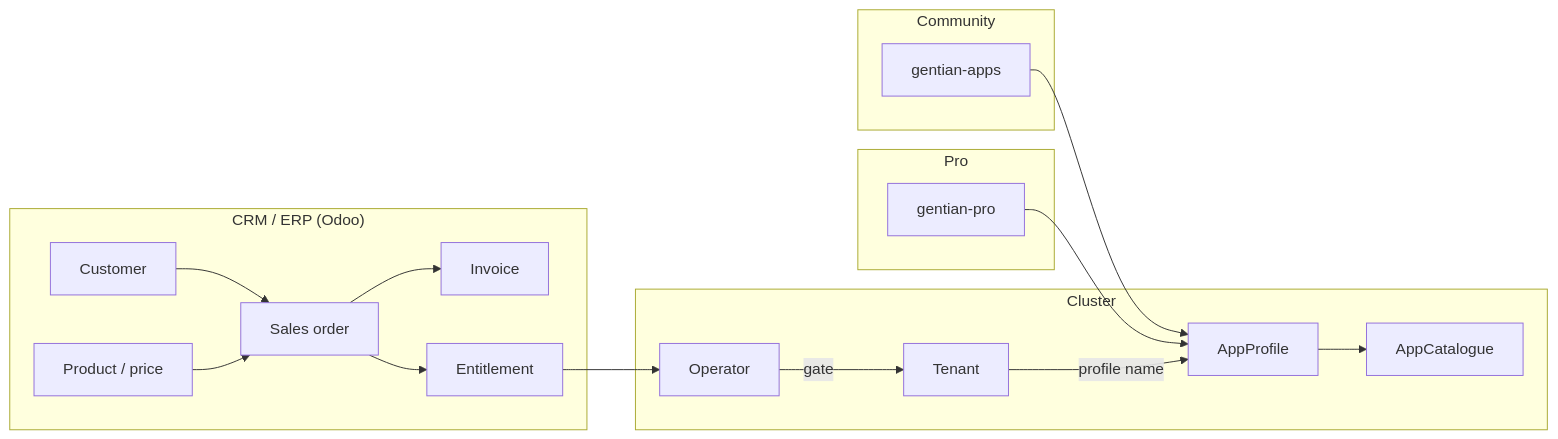
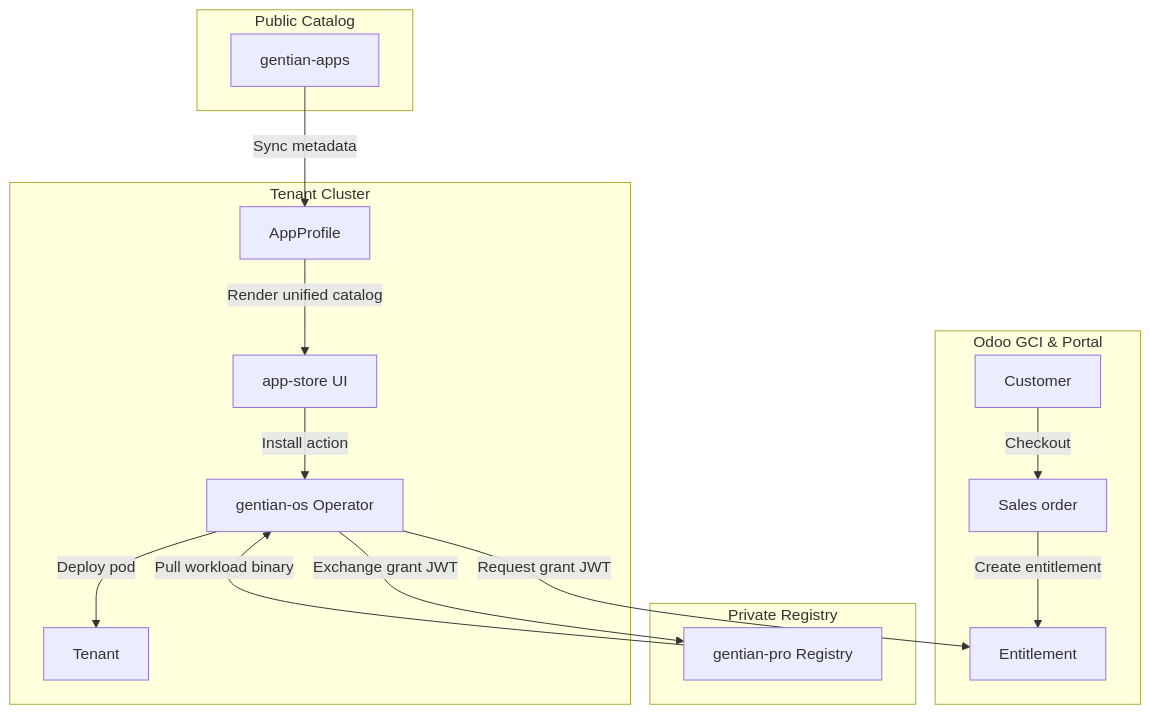
The diagram in docs/design/business-logic-plan.md (gentian-org/gentian-os), drawn with Mermaid before and after one commit. The commit also changed other lines of this file, not shown here.

Commit message:
docs: align business-logic-plan.md with new public catalog and install-grant architecture

````diff
--- a/docs/design/business-logic-plan.md
+++ b/docs/design/business-logic-plan.md
@@ -99,33 +82,30 @@
 ```mermaid
-flowchart LR
-    subgraph community ["Community"]
+flowchart TD
+    subgraph community ["Public Catalog"]
         GA["gentian-apps"]
     end
-    subgraph pro ["Pro"]
-        GP["gentian-pro"]
+    subgraph pro ["Private Registry"]
+        GP["gentian-pro Registry"]
     end
-    subgraph crm ["CRM / ERP (Odoo)"]
+    subgraph crm ["Odoo GCI & Portal"]
         CUST["Customer"]
-        PROD["Product / price"]
         SO["Sales order"]
-        INV["Invoice"]
         ENT["Entitlement"]
     end
-    subgraph cluster ["Cluster"]
+    subgraph cluster ["Tenant Cluster"]
         AP["AppProfile"]
+        STORE["app-store UI"]
+        OP["gentian-os Operator"]
         TEN["Tenant"]
-        CAT["AppCatalogue"]
-        OP["Operator"]
     end
 
-    GA --> AP
-    GP --> AP
-    AP --> CAT
-    CUST --> SO
-    PROD --> SO
-    SO --> ENT
-    SO --> INV
-    ENT --> OP
-    OP -->|gate| TEN
-    TEN -->|profile name| AP
+    GA -->|Sync metadata| AP
+    AP -->|Render unified catalog| STORE
+    CUST -->|Checkout| SO
+    SO -->|Create entitlement| ENT
+    STORE -->|Install action| OP
+    OP -->|Request grant JWT| ENT
+    OP -->|Exchange grant JWT| GP
+    GP -->|Pull workload binary| OP
+    OP -->|Deploy pod| TEN
 ```
````
